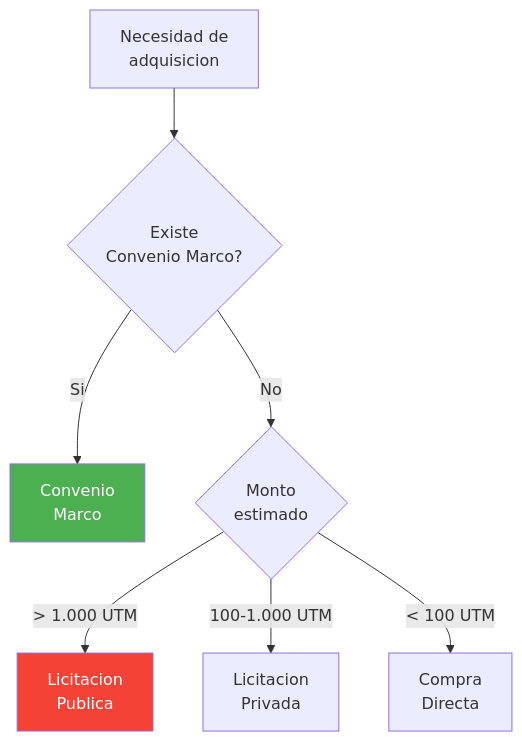
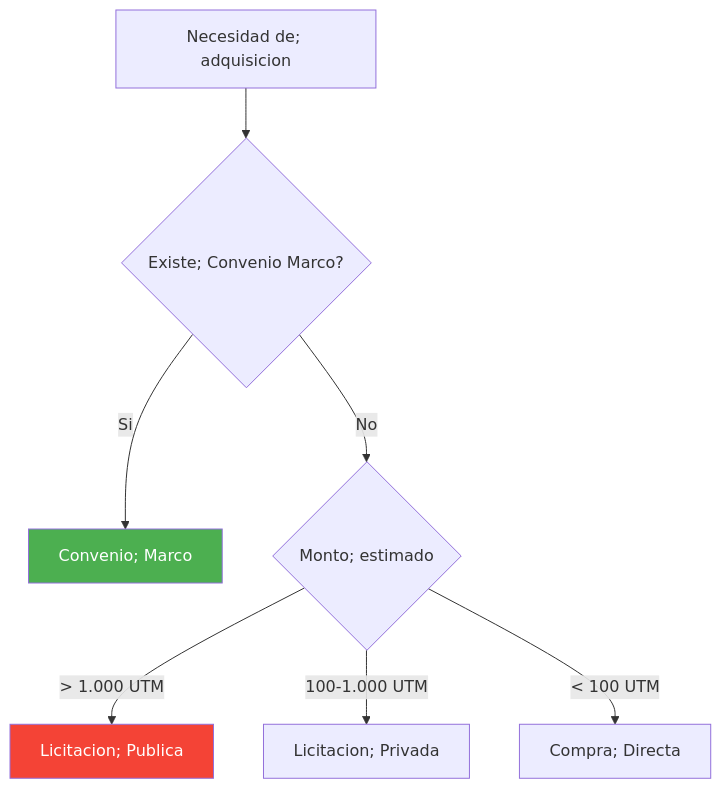
The third of 5 diagrams in KNOWLEDGE/gn/kb/manual-compras-contrataciones.md (felix-antonio-sl/kora), drawn with Mermaid before and after one commit. The commit also changed other lines of this file and 1034 other files, not shown here.

````diff
--- a/KNOWLEDGE/gn/kb/manual-compras-contrataciones.md
+++ b/KNOWLEDGE/gn/kb/manual-compras-contrataciones.md
@@ -150,13 +161,13 @@
 ```mermaid
 flowchart TD
-    A["Necesidad de<br/>adquisicion"] --> F{"Existe<br/>Convenio Marco?"}
-    F -->|"Si"| G["Convenio<br/>Marco"]
-    F -->|"No"| B{"Monto<br/>estimado"}
+ A["Necesidad de; adquisicion"] --> F{"Existe; Convenio Marco?"}
+ F -->|"Si"| G["Convenio; Marco"]
+ F -->|"No"| B{"Monto; estimado"}
 
-    B -->|"> 1.000 UTM"| C["Licitacion<br/>Publica"]
-    B -->|"100-1.000 UTM"| D["Licitacion<br/>Privada"]
-    B -->|"< 100 UTM"| E["Compra<br/>Directa"]
+ B -->|"> 1.000 UTM"| C["Licitacion; Publica"]
+ B -->|"100-1.000 UTM"| D["Licitacion; Privada"]
+ B -->|"< 100 UTM"| E["Compra; Directa"]
 
-    style C fill:#f44336,color:#fff
-    style G fill:#4CAF50,color:#fff
+ style C fill:#f44336,color:#fff
+ style G fill:#4CAF50,color:#fff
 ```
````
